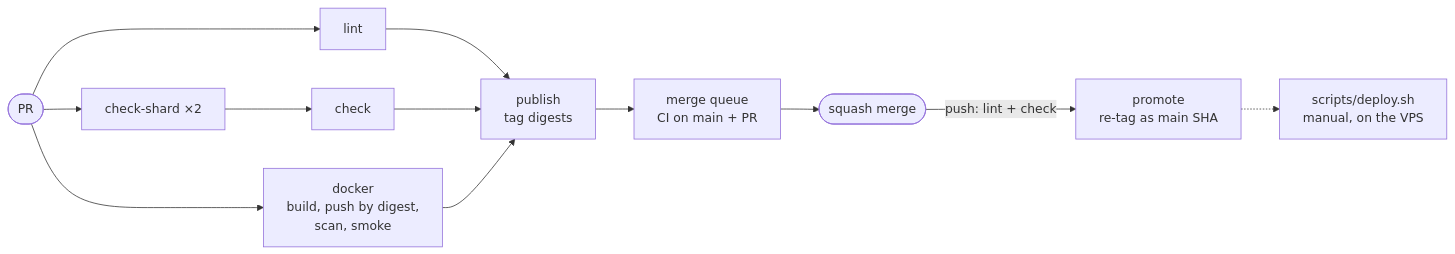
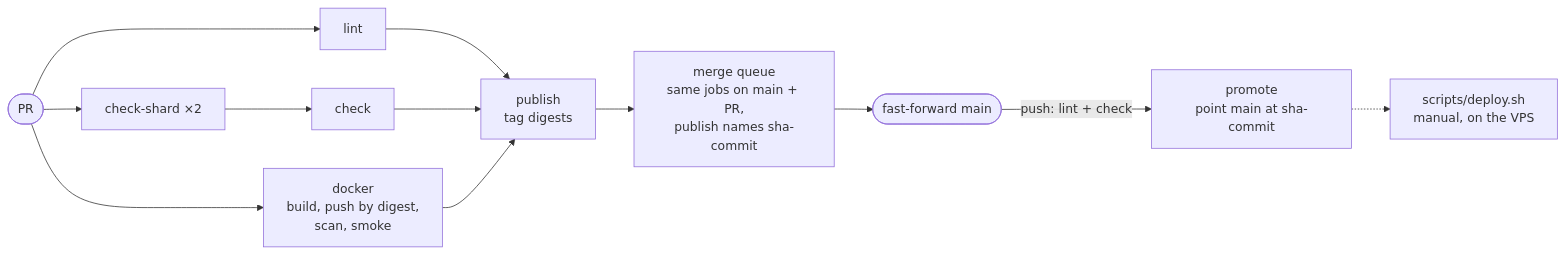
Before and after one commit to Projekt-Manager-Org/Projekt-Manager: the third of 5 diagrams in ARCHITECTURE.md, drawn with Mermaid. The commit also changed 10 other files, not shown here.

First line of the commit message:
fix(ci): name the images the merge queue tested (#683) (#687)

````diff
--- a/ARCHITECTURE.md
+++ b/ARCHITECTURE.md
@@ -376,9 +376,9 @@
 ```mermaid
 flowchart LR
   pr([PR]) --> lint & shard["check-shard ×2"] & docker["docker<br/>build, push by digest,<br/>scan, smoke"]
   shard --> check
   lint & check & docker --> publish["publish<br/>tag digests"]
-  publish --> queue["merge queue<br/>CI on main + PR"] --> merge([squash merge])
-  merge -->|"push: lint + check"| promote["promote<br/>re-tag as main SHA"]
+  publish --> queue["merge queue<br/>same jobs on main + PR,<br/>publish names sha-commit"] --> merge([fast-forward main])
+  merge -->|"push: lint + check"| promote["promote<br/>point main at sha-commit"]
   promote -.-> deploy["scripts/deploy.sh<br/>manual, on the VPS"]
 ```
````
